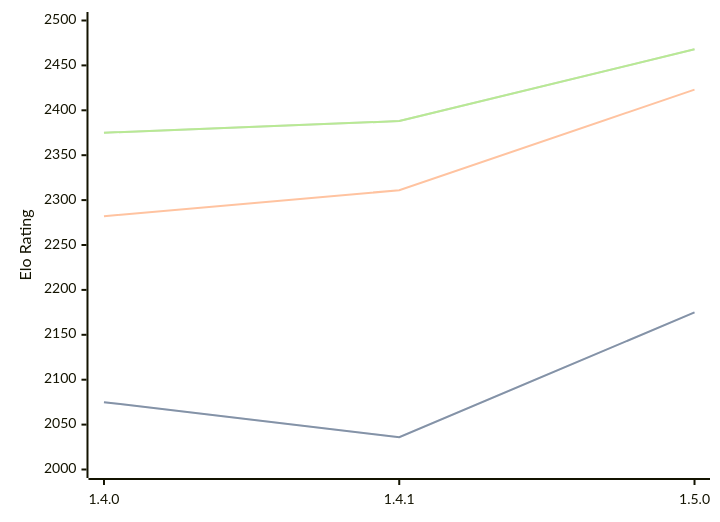
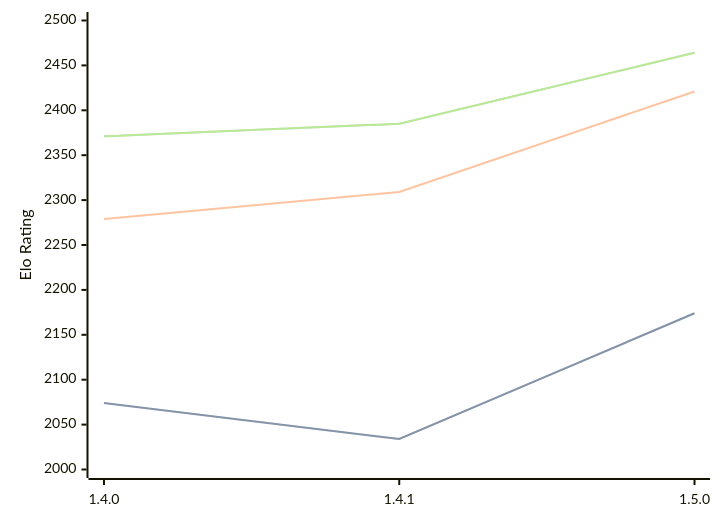
One commit to computer-chess-index/cci changed the diagram in engines/Tofiks.md. Above: the diagram before and after it, drawn with Mermaid. The commit also changed other lines of this file, not shown here.

Commit message:
Update CCI Ratings (ELO VLTC) - 2026-08-12

````diff
--- a/engines/Tofiks.md
+++ b/engines/Tofiks.md
@@ -33,11 +33,11 @@
 ```mermaid
 %%{init: {"theme":"base","themeVariables":{"seriesColors:['#a3a3a3','#222221','#faa371']}}}%%
 xychart-beta
   x-axis ["1.4.0", "1.4.1", "1.5.0"]
   y-axis "Elo Rating" 2000 --> 2500
-  line "STC (8.0+0.08s)" [2075, 2036, 2175]
-  line "STC (8.0+0.08s)" [2075, 2036, 2175]
-  line "LTC (60.0+0.60s)" [2282, 2311, 2423]
-  line "VLTC (2m24s+1.12s)" [2375, 2388, 2468]
-  line "VLTC (2m24s+1.12s)" [2375, 2388, 2468]
+  line "STC (8.0+0.08s)" [2074, 2034, 2174]
+  line "STC (8.0+0.08s)" [2074, 2034, 2174]
+  line "LTC (60.0+0.60s)" [2279, 2309, 2421]
+  line "VLTC (2m24s+1.12s)" [2371, 2385, 2464]
+  line "VLTC (2m24s+1.12s)" [2371, 2385, 2464]
 ```
````
